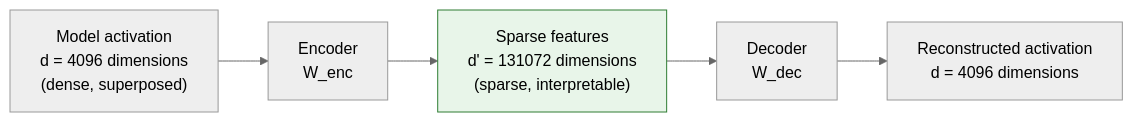
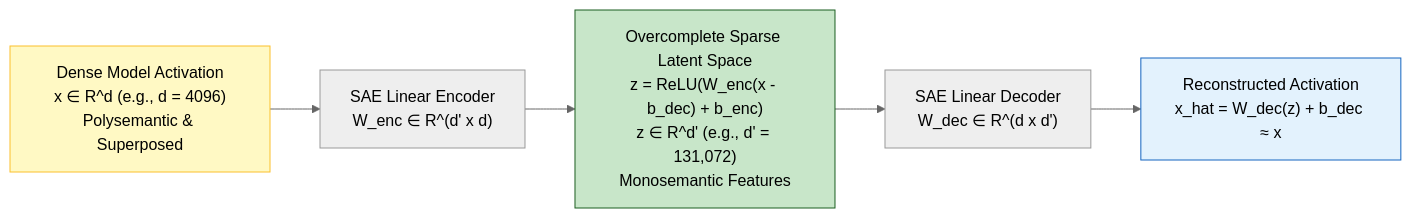
One commit to yingwang/thinking-in-llm changed the fourth of 11 diagrams in en/chapters/13-interpretability.md. Above: the diagram before and after it, drawn with Mermaid (neutral theme). The commit also changed other lines of this file and 31 other files, not shown here.

````diff
--- a/en/chapters/13-interpretability.md
+++ b/en/chapters/13-interpretability.md
@@ -154,9 +115,11 @@
 ```mermaid
-graph LR
-    A["Model activation<br/>d = 4096 dimensions<br/>(dense, superposed)"] --> B["Encoder<br/>W_enc"]
-    B --> C["Sparse features<br/>d' = 131072 dimensions<br/>(sparse, interpretable)"]
-    C --> D["Decoder<br/>W_dec"]
-    D --> E["Reconstructed activation<br/>d = 4096 dimensions"]
+flowchart LR
+    DenseAct["Dense Model Activation<br/>x ∈ R^d (e.g., d = 4096)<br/>Polysemantic & Superposed"] --> Encoder["SAE Linear Encoder<br/>W_enc ∈ R^(d' x d)"]
+    Encoder --> Latents["Overcomplete Sparse Latent Space<br/>z = ReLU(W_enc(x - b_dec) + b_enc)<br/>z ∈ R^d' (e.g., d' = 131,072)<br/>Monosemantic Features"]
+    Latents --> Decoder["SAE Linear Decoder<br/>W_dec ∈ R^(d x d')"]
+    Decoder --> Reconstructed["Reconstructed Activation<br/>x_hat = W_dec(z) + b_dec ≈ x"]
 
-    style C fill:#e8f5e9,stroke:#2e7d32
+    style DenseAct fill:#fff9c4,stroke:#fbc02d
+    style Latents fill:#c8e6c9,stroke:#1b5e20
+    style Reconstructed fill:#e3f2fd,stroke:#1565c0
 ```
````
